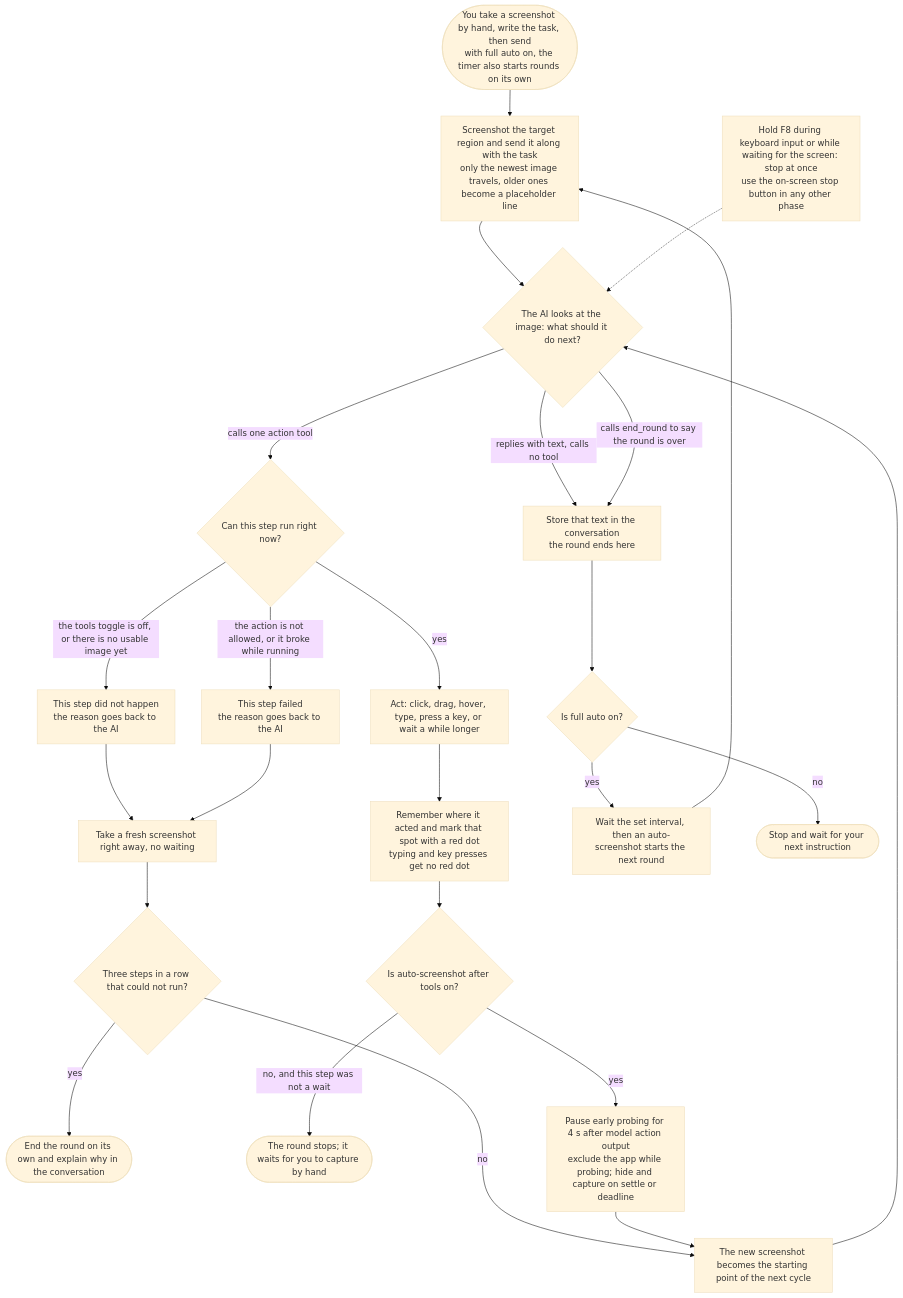
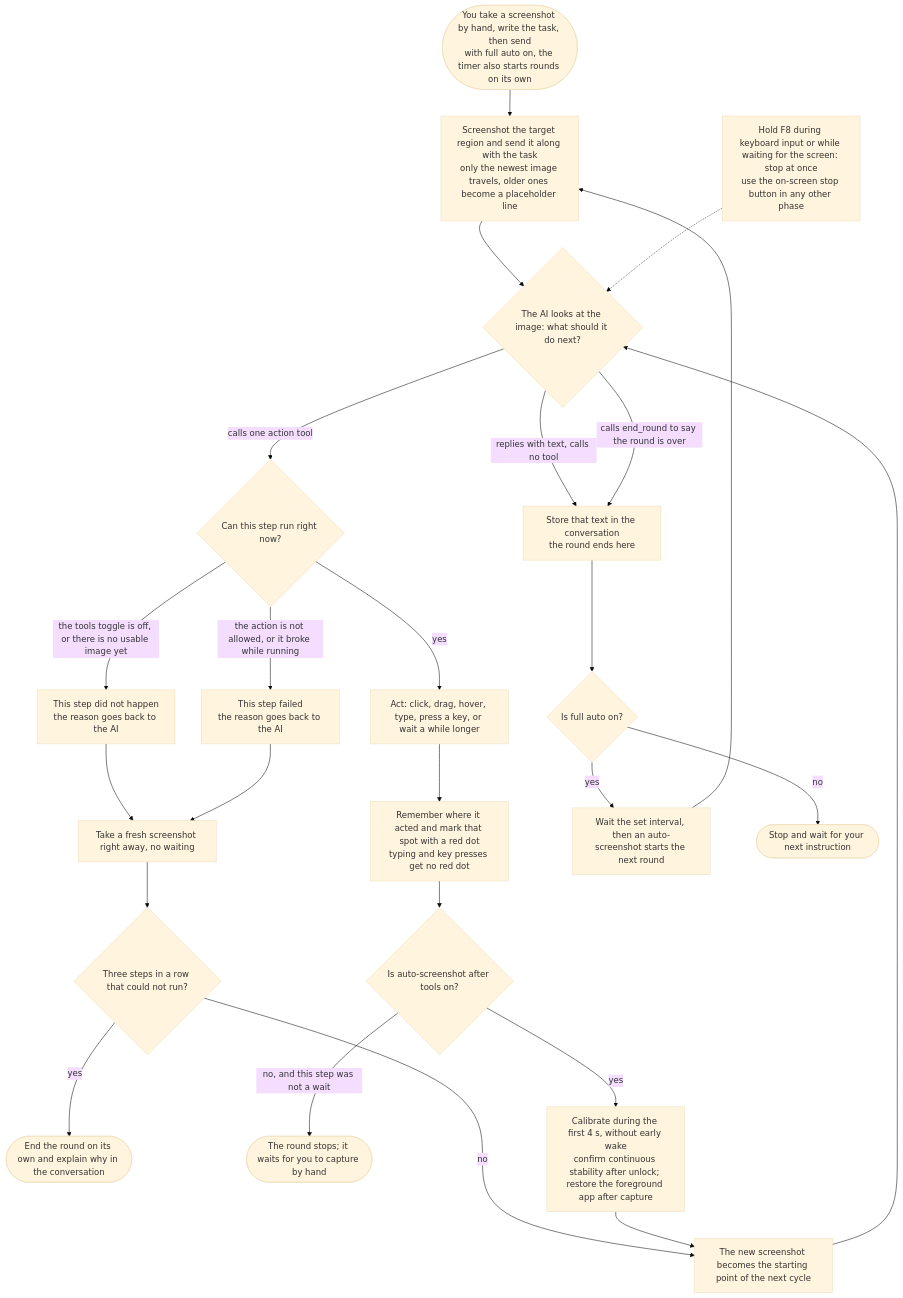
Before and after one commit to s11IM/VLM_Screenshot_Action: the diagram in README.en.md, drawn with Mermaid (base theme). The commit also changed other lines of this file and 15 other files, not shown here.

````diff
--- a/README.en.md
+++ b/README.en.md
@@ -61,26 +61,26 @@
 ```mermaid
 flowchart TD
     A([You take a screenshot by hand, write the task, then send<br/>with full auto on, the timer also starts rounds on its own]) --> B[Screenshot the target region and send it along with the task<br/>only the newest image travels, older ones become a placeholder line]
     B --> C{The AI looks at the image: what should it do next?}
     C -- replies with text, calls no tool --> R[Store that text in the conversation<br/>the round ends here]
     C -- calls end_round to say the round is over --> R
     C -- calls one action tool --> D{Can this step run right now?}
     D -- the tools toggle is off, or there is no usable image yet --> D2[This step did not happen<br/>the reason goes back to the AI]
     D -- the action is not allowed, or it broke while running --> D3[This step failed<br/>the reason goes back to the AI]
     D2 --> I2[Take a fresh screenshot right away, no waiting]
     D3 --> I2
     I2 --> I3{Three steps in a row that could not run?}
     I3 -- yes --> I4([End the round on its own and explain why in the conversation])
     I3 -- no --> J
     D -- yes --> E[Act: click, drag, hover, type, press a key, or wait a while longer]
     E --> E2[Remember where it acted and mark that spot with a red dot<br/>typing and key presses get no red dot]
     E2 --> H{Is auto-screenshot after tools on?}
     H -- no, and this step was not a wait --> H2([The round stops; it waits for you to capture by hand])
-    H -- yes --> I[Pause early probing for 4 s after model action output<br/>exclude the app while probing; hide and capture on settle or deadline]
+    H -- yes --> I[Calibrate during the first 4 s, without early wake<br/>confirm continuous stability after unlock; restore the foreground app after capture]
     I --> J[The new screenshot becomes the starting point of the next cycle]
     J --> C
     R --> K{Is full auto on?}
     K -- yes --> L[Wait the set interval, then an auto-screenshot starts the next round] --> B
     K -- no --> M([Stop and wait for your next instruction])
     N[Hold F8 during keyboard input or while waiting for the screen: stop at once<br/>use the on-screen stop button in any other phase] -.-> C
 ```
````
